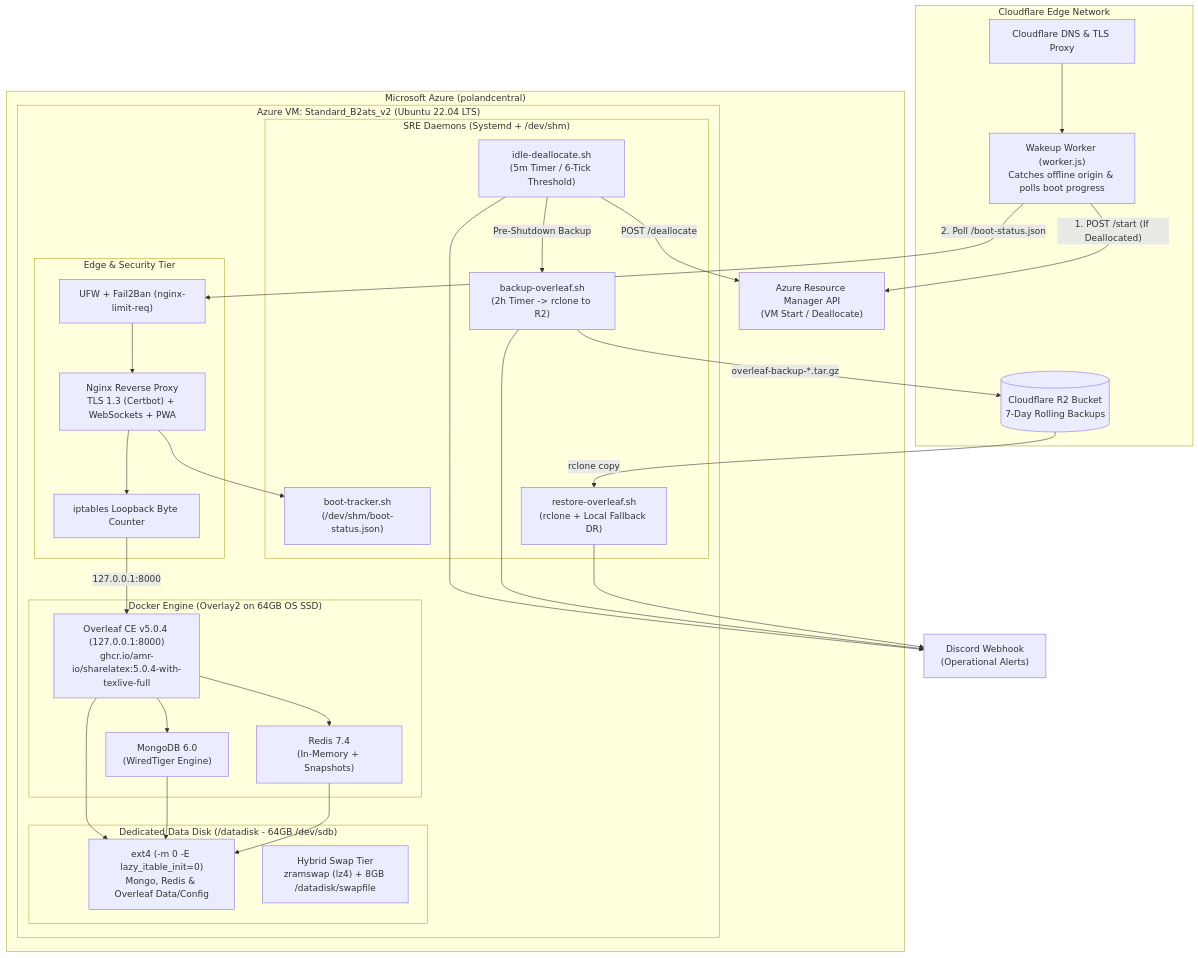
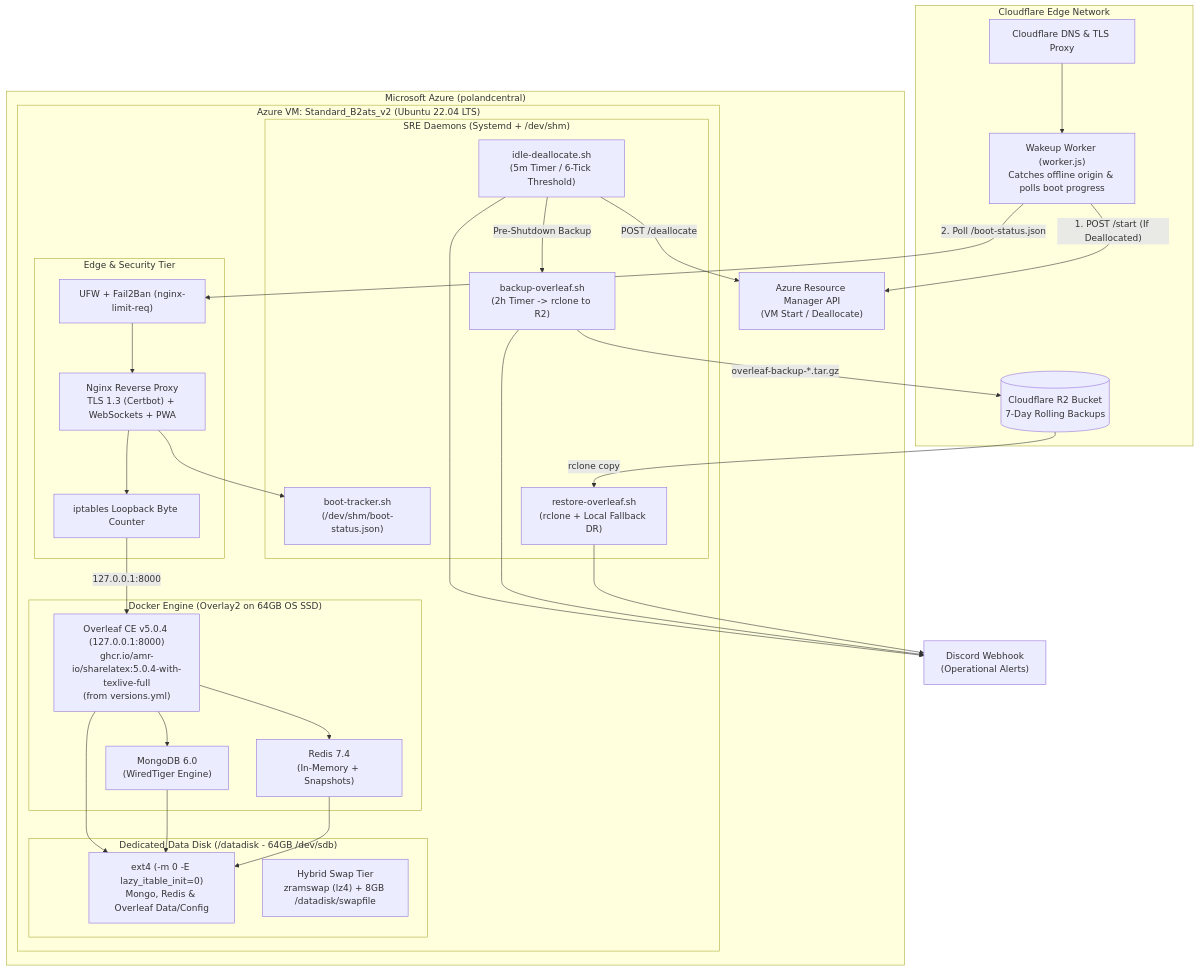
Before and after one commit to amr-io/mcleaf: the diagram in README.md, drawn with Mermaid. The commit also changed other lines of this file and 3 other files, not shown here.

````diff
--- a/README.md
+++ b/README.md
@@ -53,56 +53,56 @@
 ```mermaid
 flowchart TB
     subgraph Edge["Cloudflare Edge Network"]
         CF_DNS["Cloudflare DNS & TLS Proxy"]
         CF_Worker["Wakeup Worker (worker.js)<br/>Catches offline origin & polls boot progress"]
         CF_R2[("Cloudflare R2 Bucket<br/>7-Day Rolling Backups")]
     end
 
     subgraph Azure["Microsoft Azure (polandcentral)"]
         ARM["Azure Resource Manager API<br/>(VM Start / Deallocate)"]
         
         subgraph Host["Azure VM: Standard_B2ats_v2 (Ubuntu 22.04 LTS)"]
             subgraph WebSecurity["Edge & Security Tier"]
                 UFW["UFW + Fail2Ban (nginx-limit-req)"]
                 Nginx["Nginx Reverse Proxy<br/>TLS 1.3 (Certbot) + WebSockets + PWA"]
                 IPTables["iptables Loopback Byte Counter"]
             end
 
             subgraph SREDaemons["SRE Daemons (Systemd + /dev/shm)"]
                 BootTracker["boot-tracker.sh<br/>(/dev/shm/boot-status.json)"]
                 IdleDealloc["idle-deallocate.sh<br/>(5m Timer / 6-Tick Threshold)"]
                 BackupDaemon["backup-overleaf.sh<br/>(2h Timer -> rclone to R2)"]
                 RestoreDaemon["restore-overleaf.sh<br/>(rclone + Local Fallback DR)"]
             end
 
             subgraph Containers["Docker Engine (Overlay2 on 64GB OS SSD)"]
-                Overleaf["Overleaf CE v5.0.4 (127.0.0.1:8000)<br/>ghcr.io/amr-io/sharelatex:5.0.4-with-texlive-full"]
+                Overleaf["Overleaf CE v5.0.4 (127.0.0.1:8000)<br/>ghcr.io/amr-io/sharelatex:5.0.4-with-texlive-full<br/>(from versions.yml)"]
                 Mongo["MongoDB 6.0<br/>(WiredTiger Engine)"]
                 Redis["Redis 7.4<br/>(In-Memory + Snapshots)"]
             end
 
             subgraph Storage["Dedicated Data Disk (/datadisk - 64GB /dev/sdb)"]
                 Ext4["ext4 (-m 0 -E lazy_itable_init=0)<br/>Mongo, Redis & Overleaf Data/Config"]
                 Swap["Hybrid Swap Tier<br/>zramswap (lz4) + 8GB /datadisk/swapfile"]
             end
         end
     end
 
     Discord["Discord Webhook<br/>(Operational Alerts)"]
 
     CF_DNS --> CF_Worker
     CF_Worker -- "1. POST /start (If Deallocated)" --> ARM
     CF_Worker -- "2. Poll /boot-status.json" --> UFW
     UFW --> Nginx
     Nginx --> BootTracker
     Nginx --> IPTables
     IPTables -- "127.0.0.1:8000" --> Overleaf
     Overleaf --> Mongo
     Overleaf --> Redis
     Overleaf & Mongo & Redis --> Ext4
     BackupDaemon -- "overleaf-backup-*.tar.gz" --> CF_R2
     CF_R2 -- "rclone copy" --> RestoreDaemon
     IdleDealloc -- "Pre-Shutdown Backup" --> BackupDaemon
     IdleDealloc -- "POST /deallocate" --> ARM
     IdleDealloc & BackupDaemon & RestoreDaemon --> Discord
 ```
````
